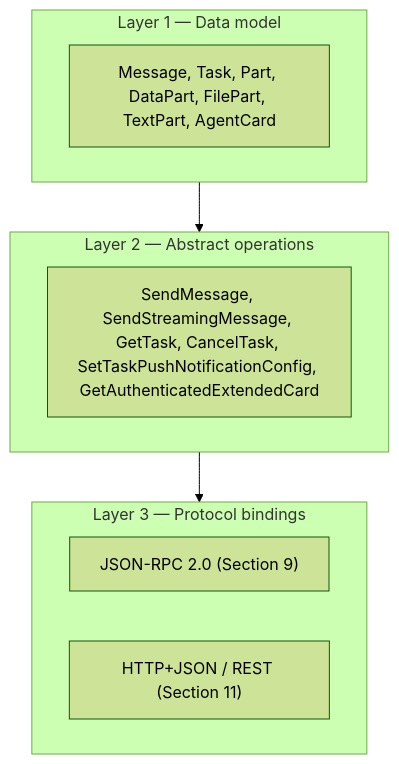
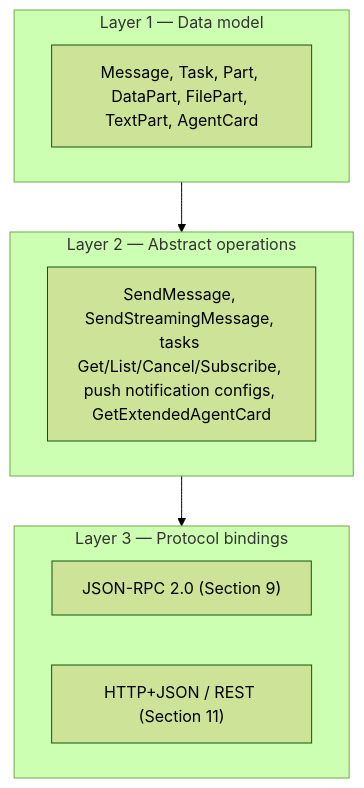
Before and after one commit to auto-agent-protocol/auto-agent-protocol: the diagram in docs/a2a-profile.md, drawn with Mermaid (forest theme). The commit also changed other lines of this file and 174 other files, not shown here.

````diff
--- a/docs/a2a-profile.md
+++ b/docs/a2a-profile.md
@@ -17,18 +17,18 @@
 ```mermaid
 flowchart TB
   subgraph Layer1["Layer 1 — Data model"]
     L1["Message, Task, Part, DataPart, FilePart, TextPart, AgentCard"]
   end
 
   subgraph Layer2["Layer 2 — Abstract operations"]
-    L2["SendMessage, SendStreamingMessage, GetTask, CancelTask, SetTaskPushNotificationConfig, GetAuthenticatedExtendedCard"]
+    L2["SendMessage, SendStreamingMessage, tasks Get/List/Cancel/Subscribe, push notification configs, GetExtendedAgentCard"]
   end
 
   subgraph Layer3["Layer 3 — Protocol bindings"]
     L3J["JSON-RPC 2.0 (Section 9)"]
     L3H["HTTP+JSON / REST (Section 11)"]
   end
 
   Layer1 --> Layer2
   Layer2 --> Layer3
 ```
````
